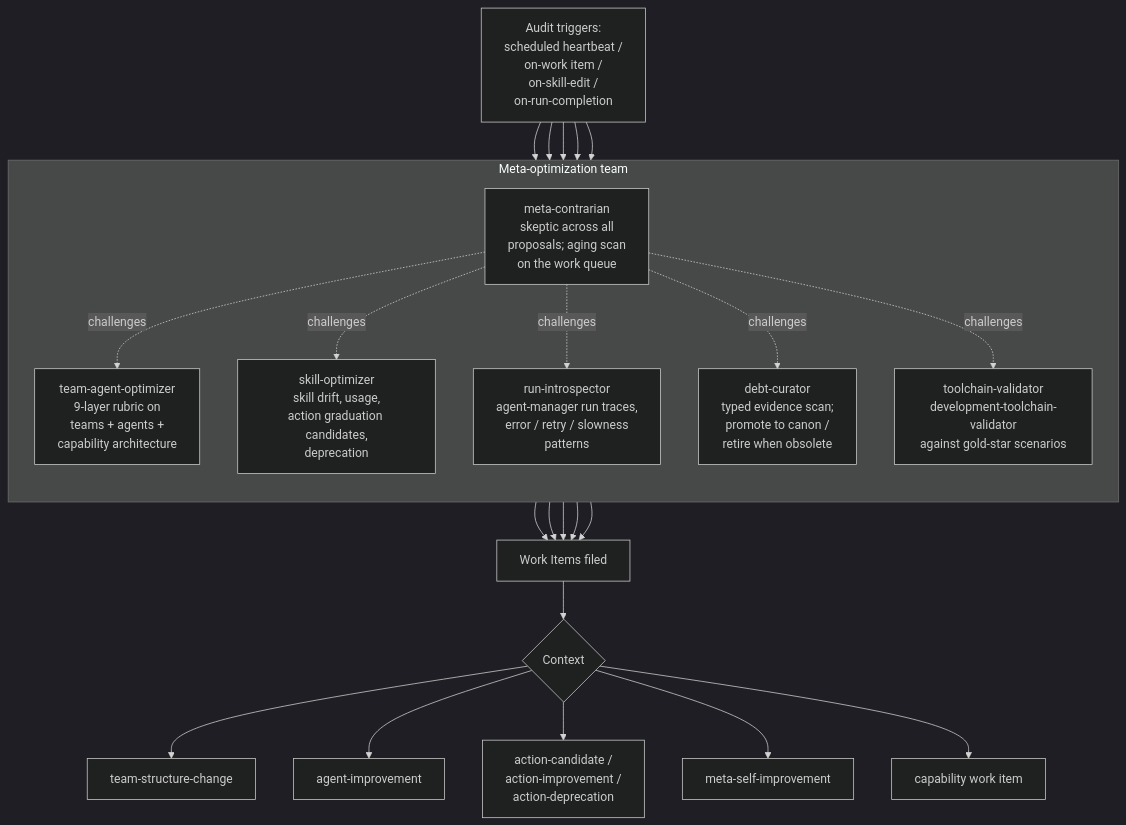
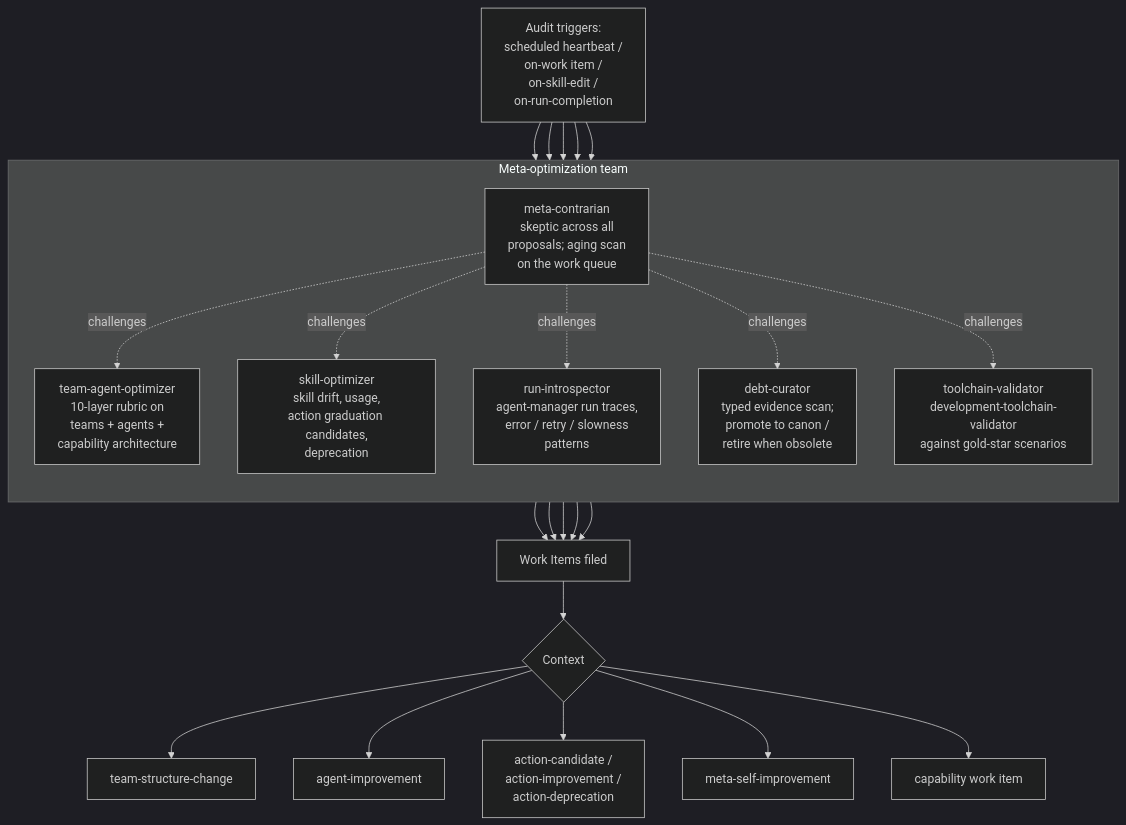
Before and after one commit to Vrooli/Vrooli: the diagram in scenarios/prompt-manager/store/teams/meta-optimization/shared/TEAM.md, drawn with Mermaid (dark theme). The commit also changed other lines of this file and 197 other files, not shown here.

````diff
--- a/scenarios/prompt-manager/store/teams/meta-optimization/shared/TEAM.md
+++ b/scenarios/prompt-manager/store/teams/meta-optimization/shared/TEAM.md
@@ -25,31 +25,31 @@
 ```mermaid
 flowchart TB
     TRIG[Audit triggers:<br/>scheduled heartbeat /<br/>on-work item /<br/>on-skill-edit /<br/>on-run-completion]
 
     subgraph TEAM[Meta-optimization team]
       direction TB
-      M1[team-agent-optimizer<br/>9-layer rubric on<br/>teams + agents +<br/>capability architecture]
+      M1[team-agent-optimizer<br/>10-layer rubric on<br/>teams + agents +<br/>capability architecture]
       M2[skill-optimizer<br/>skill drift, usage,<br/>action graduation candidates,<br/>deprecation]
       M3[run-introspector<br/>agent-manager run traces,<br/>error / retry / slowness<br/>patterns]
       M4[debt-curator<br/>typed evidence scan;<br/>promote to canon /<br/>retire when obsolete]
       M5[toolchain-validator<br/>development-toolchain-validator<br/>against gold-star scenarios]
       M6[meta-contrarian<br/>skeptic across all<br/>proposals; aging scan<br/>on the work queue]
     end
 
     TRIG --> M1 & M2 & M3 & M4 & M5
 
     M1 --> OUT[Work Items filed]
     M2 --> OUT
     M3 --> OUT
     M4 --> OUT
     M5 --> OUT
 
     M6 -.challenges.-> M1 & M2 & M3 & M4 & M5
 
     OUT --> CTX{Context}
     CTX --> CTX1[team-structure-change]
     CTX --> CTX2[agent-improvement]
     CTX --> CTX3[action-candidate /<br/>action-improvement /<br/>action-deprecation]
     CTX --> CTX4[meta-self-improvement]
     CTX --> CTX5[capability work item]
 ```
````
